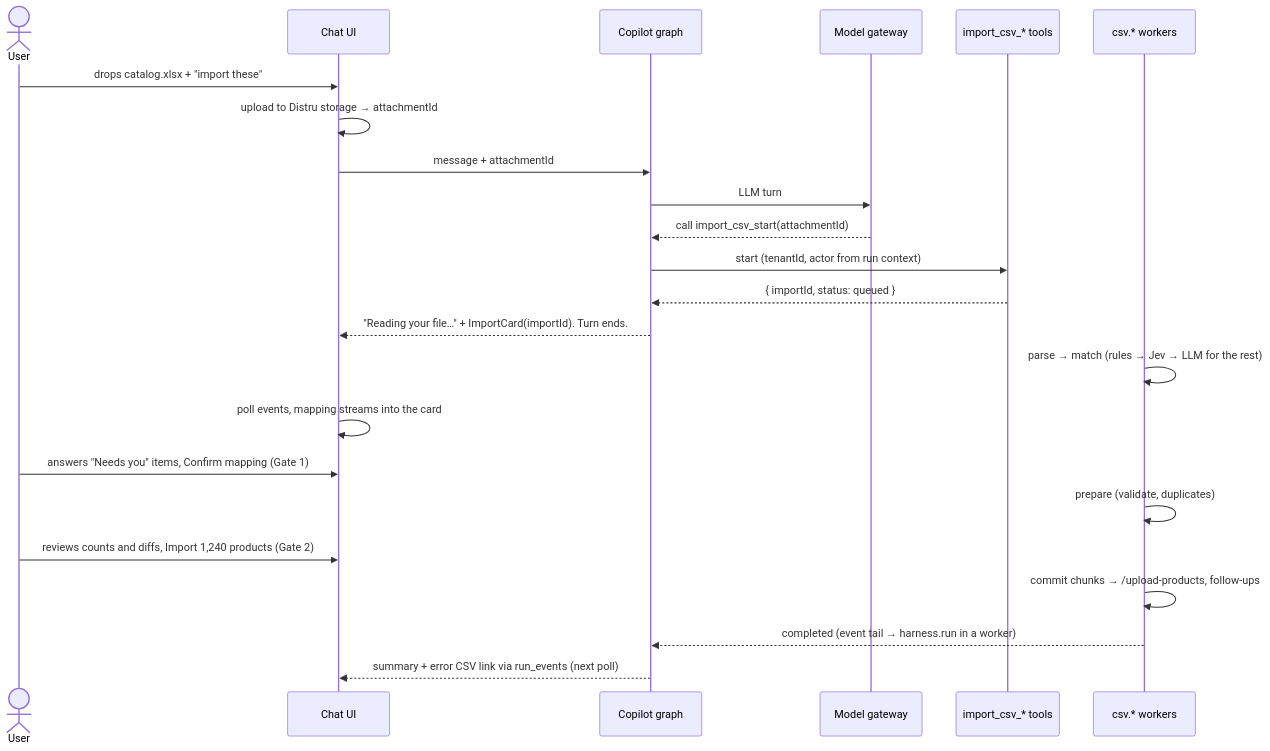
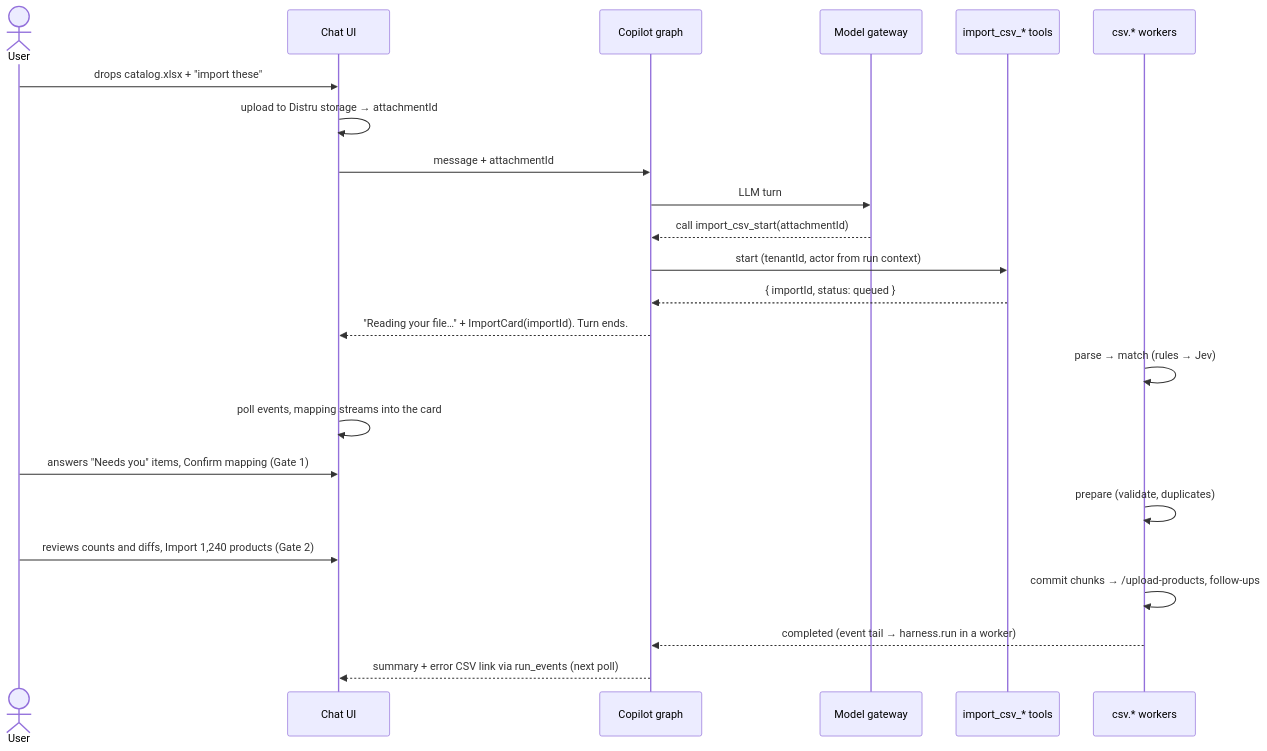
One commit to snavaneeth78/agent-csv-importer changed the third of 4 diagrams in docs/system-design.md. Above: the diagram before and after it, drawn with Mermaid. The commit also changed other lines of this file and 33 other files, not shown here.

````diff
--- a/docs/system-design.md
+++ b/docs/system-design.md
@@ -261,25 +168,25 @@
 ```mermaid
 sequenceDiagram
   actor U as User
   participant UI as Chat UI
   participant A as Copilot graph
   participant M as Model gateway
   participant T as import_csv_* tools
   participant W as csv.* workers
   U->>UI: drops catalog.xlsx + "import these"
   UI->>UI: upload to Distru storage → attachmentId
   UI->>A: message + attachmentId
   A->>M: LLM turn
   M-->>A: call import_csv_start(attachmentId)
   A->>T: start (tenantId, actor from run context)
   T-->>A: { importId, status: queued }
   A-->>UI: "Reading your file…" + ImportCard(importId). Turn ends.
-  W->>W: parse → match (rules → Jev → LLM for the rest)
+  W->>W: parse → match (rules → Jev)
   UI->>UI: poll events, mapping streams into the card
   U->>UI: answers "Needs you" items, Confirm mapping (Gate 1)
   W->>W: prepare (validate, duplicates)
   U->>UI: reviews counts and diffs, Import 1,240 products (Gate 2)
   W->>W: commit chunks → /upload-products, follow-ups
   W-->>A: completed (event tail → harness.run in a worker)
   A-->>UI: summary + error CSV link via run_events (next poll)
 ```
````
